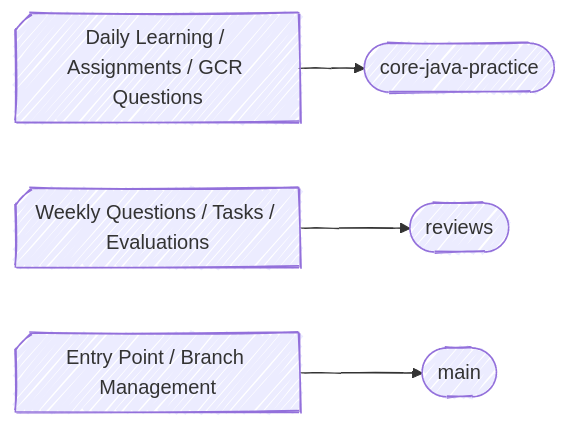
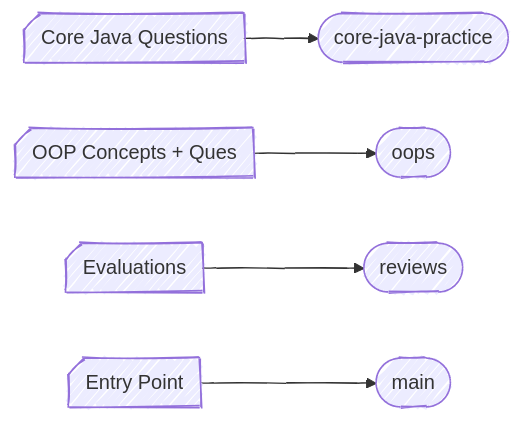
Before and after one commit to imprakhartripathi/BridgeLabz-Training: the second of 2 diagrams in readme.md, drawn with Mermaid. The commit also changed other lines of this file and 1 other file, not shown here.

Commit message:
[Prakhar Tripathi] Refactored - Readme.md and Added - .gitignore in main

````diff
--- a/readme.md
+++ b/readme.md
@@ -163,15 +185,18 @@
 ```mermaid
 ---
 config:
   theme: mc
   look: handDrawn
 ---
 flowchart LR
-    A["Daily Learning / Assignments / GCR Questions"] --> B(["core-java-practice"])
-    C["Weekly Questions / Tasks / Evaluations"] --> D(["reviews"])
-    E["Entry Point / Branch Management"] --> F(["main"])
+    A["Core Java Questions"] --> B(["core-java-practice"])
+    G["OOP Concepts + Ques"] --> H(["oops"])
+    C["Evaluations"] --> D(["reviews"])
+    E["Entry Point"] --> F(["main"])
 
     A@{ shape: card}
+    G@{ shape: card}
     C@{ shape: card}
     E@{ shape: card}
+
 ```
````
